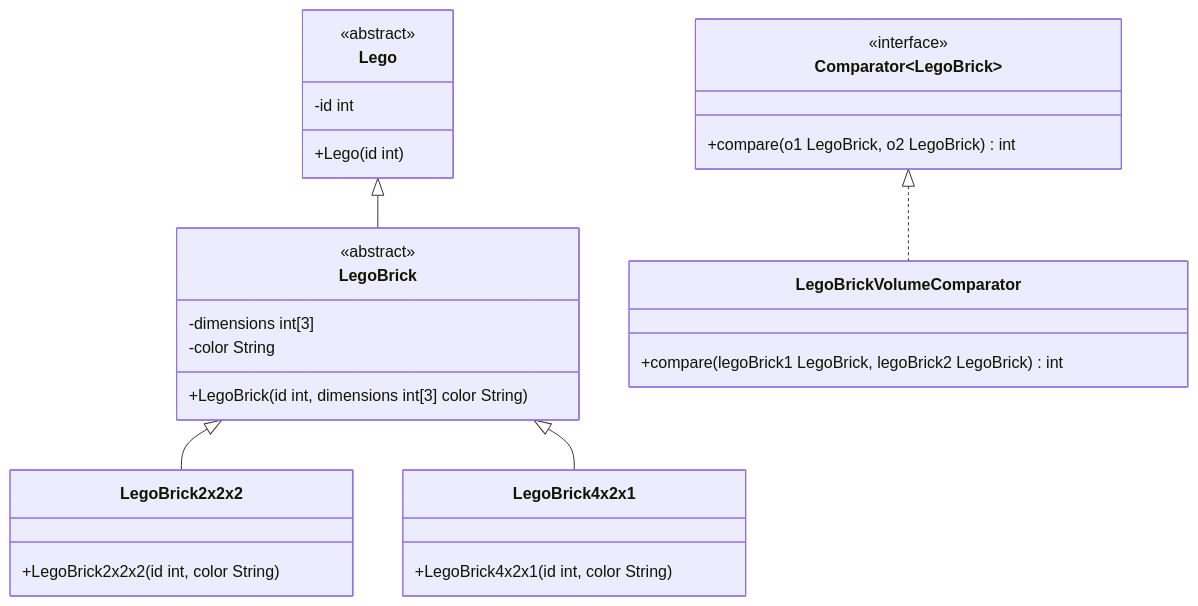
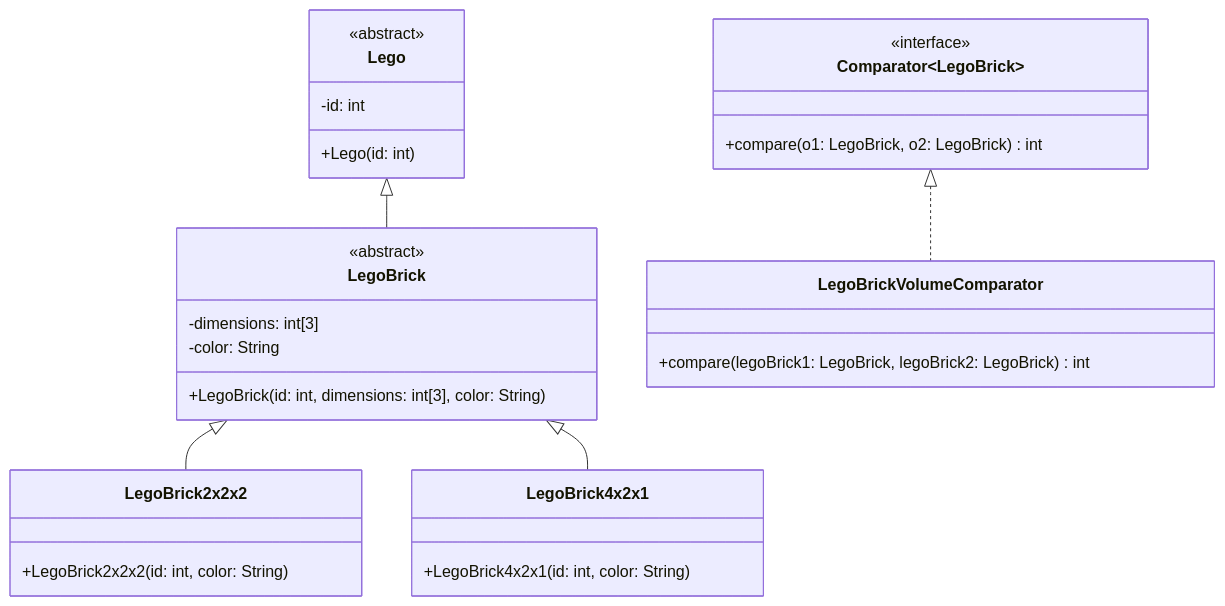
The diagram in docs/exam-exercises/exam-exercises-java2/lego-brick.md (jappuccini/java-docs), drawn with Mermaid before and after one commit. The commit also changed other lines of this file and 76 other files, not shown here.

Commit message:
uml fixes (colons, properties), headline fixes (italic) and exam result updates

````diff
--- a/docs/exam-exercises/exam-exercises-java2/lego-brick.md
+++ b/docs/exam-exercises/exam-exercises-java2/lego-brick.md
@@ -12,37 +12,37 @@
 ```mermaid
 classDiagram
     Lego <|-- LegoBrick
     LegoBrick <|-- LegoBrick2x2x2
     LegoBrick <|-- LegoBrick4x2x1
     Comparator~LegoBrick~ <|.. LegoBrickVolumeComparator
 
     class Lego {
         <<abstract>>
-        -id int
-        +Lego(id int)
+        -id: int
+        +Lego(id: int)
     }
 
     class LegoBrick {
         <<abstract>>
-        -dimensions int[3]
-        -color String
-        +LegoBrick(id int, dimensions int[3] color String)
+        -dimensions: int[3]
+        -color: String
+        +LegoBrick(id: int, dimensions: int[3], color: String)
     }
 
     class LegoBrick2x2x2 {
-        +LegoBrick2x2x2(id int, color String)
+        +LegoBrick2x2x2(id: int, color: String)
     }
 
     class LegoBrick4x2x1 {
-        +LegoBrick4x2x1(id int, color String)
+        +LegoBrick4x2x1(id: int, color: String)
     }
 
     class Comparator~LegoBrick~ {
         <<interface>>
-        +compare(o1 LegoBrick, o2 LegoBrick) int
+        +compare(o1: LegoBrick, o2: LegoBrick) int
     }
 
     class LegoBrickVolumeComparator {
-        +compare(legoBrick1 LegoBrick, legoBrick2 LegoBrick) int
+        +compare(legoBrick1: LegoBrick, legoBrick2: LegoBrick) int
     }
 ```
````
